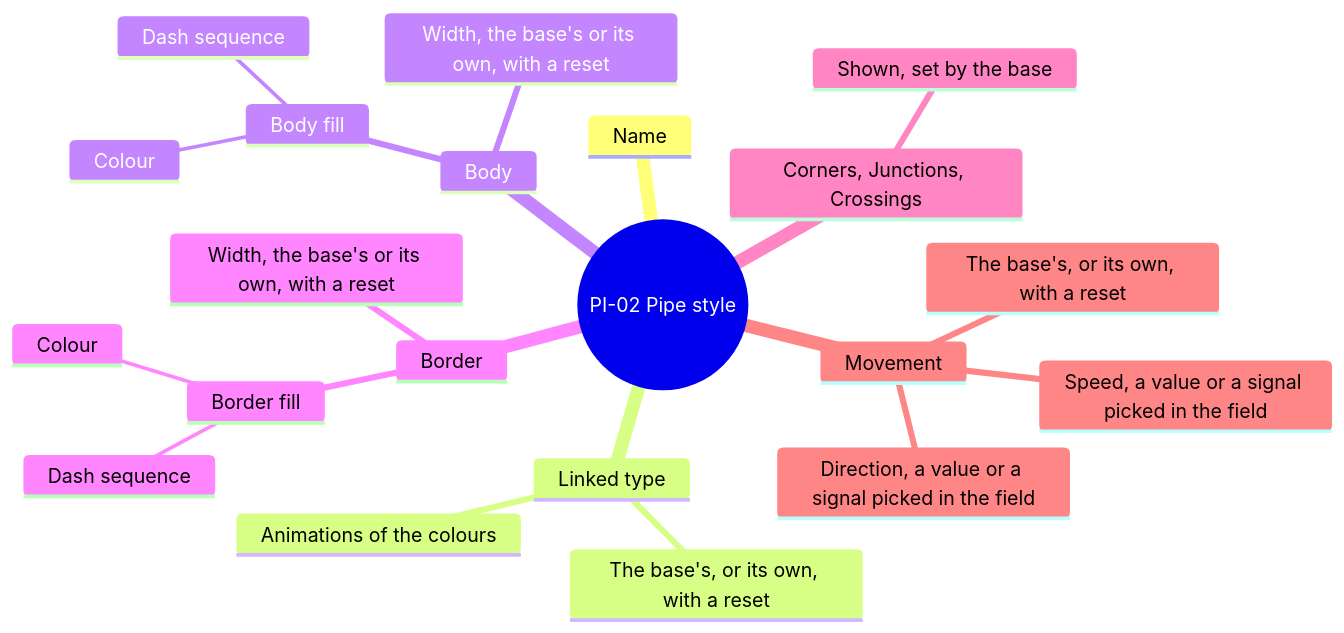
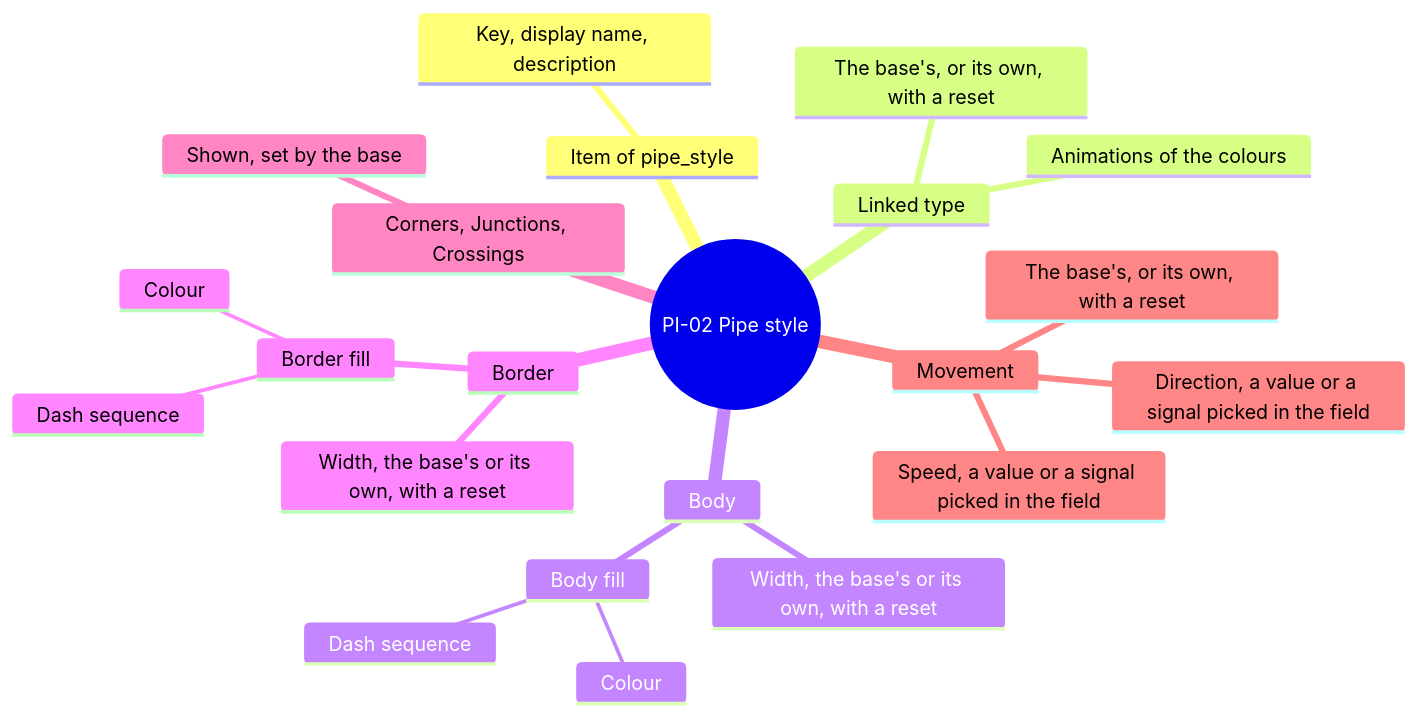
One commit to AlexandreGallais/synoptic-studio-spec changed the fourth of 6 diagrams in screens/pipes.md. Above: the diagram before and after it, drawn with Mermaid. The commit also changed other lines of this file and 9 other files, not shown here.

````diff
--- a/screens/pipes.md
+++ b/screens/pipes.md
@@ -94,24 +94,25 @@
 ```mermaid
 mindmap
   root((PI-02 Pipe style))
-    Name
+    Item of pipe_style
+      Key, display name, description
     Linked type
       The base's, or its own, with a reset
       Animations of the colours
     Body
       Width, the base's or its own, with a reset
       Body fill
         Colour
         Dash sequence
     Border
       Width, the base's or its own, with a reset
       Border fill
         Colour
         Dash sequence
     Corners, Junctions, Crossings
       Shown, set by the base
     Movement
       The base's, or its own, with a reset
       Direction, a value or a signal picked in the field
       Speed, a value or a signal picked in the field
 ```
````
